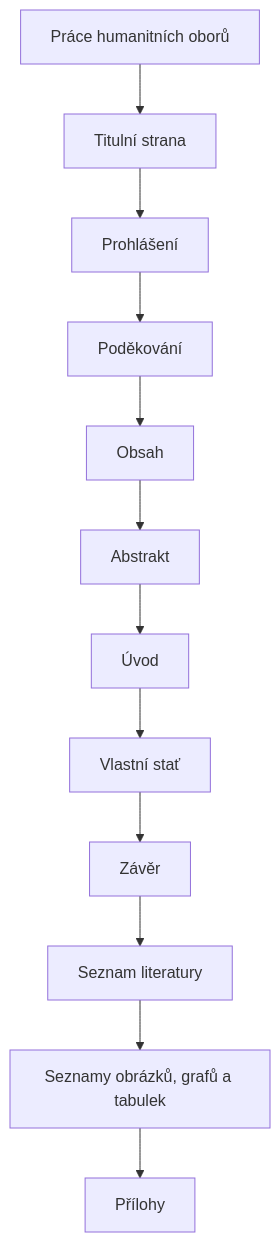
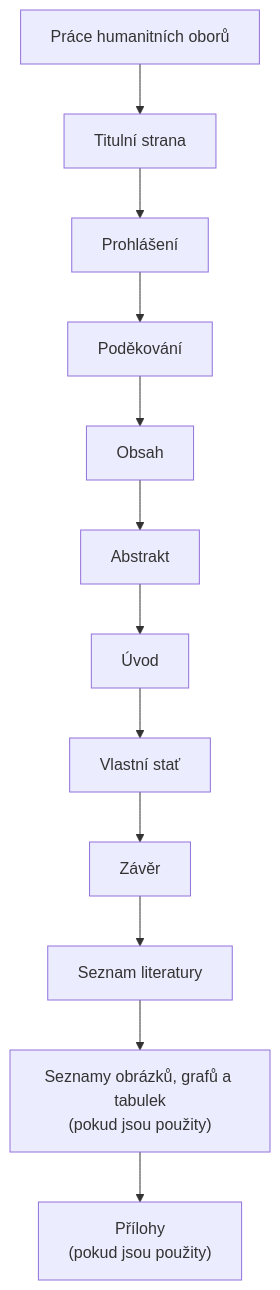
One commit to faitjaroslav-byte/maturitni_prace changed the diagram in docs/priprava/prace-humanitnich-oboru.md. Above: the diagram before and after it, drawn with Mermaid. The commit also changed 4 other files, not shown here.

````diff
--- a/docs/priprava/prace-humanitnich-oboru.md
+++ b/docs/priprava/prace-humanitnich-oboru.md
@@ -8,15 +8,15 @@
 ```mermaid
 flowchart TB
     A["Práce humanitních oborů"]
     A --> B["Titulní strana"]
     B --> C["Prohlášení"]
     C --> D["Poděkování"]
     D --> E["Obsah"]
     E --> F["Abstrakt"]
     F --> G["Úvod"]
     G --> H["Vlastní stať"]
     H --> I["Závěr"]
     I --> J["Seznam literatury"]
-    J --> K["Seznamy obrázků, grafů a tabulek"]
-    K --> L["Přílohy"]
+    J --> K["Seznamy obrázků, grafů a tabulek<br/>(pokud jsou použity)"]
+    K --> L["Přílohy<br/>(pokud jsou použity)"]
 ```
````
